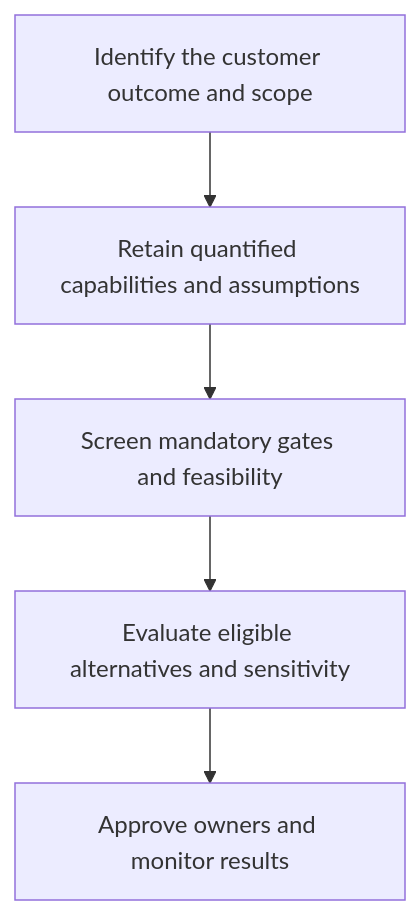
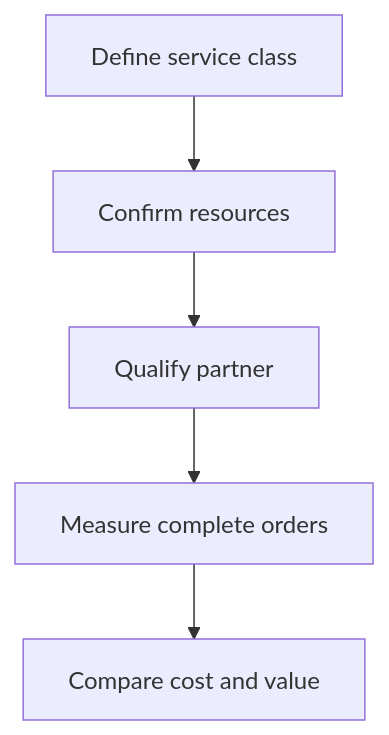
Before and after one commit to theleanx/SupplyChain-Design-Notes: the diagram in 08-optimization-sustainability-technology/section-a-optimizing-supply-chain-strategy-and-tactics/08-customer-service-resource-and-partner-competencies.md, drawn with Mermaid. The commit also changed other lines of this file and 7 other files, not shown here.

````diff
--- a/08-optimization-sustainability-technology/section-a-optimizing-supply-chain-strategy-and-tactics/08-customer-service-resource-and-partner-competencies.md
+++ b/08-optimization-sustainability-technology/section-a-optimizing-supply-chain-strategy-and-tactics/08-customer-service-resource-and-partner-competencies.md
@@ -38,12 +38,12 @@
 ```mermaid
 flowchart TD
-    A[Identify the customer outcome and scope]
-    B[Retain quantified capabilities and assumptions]
-    C[Screen mandatory gates and feasibility]
-    D[Evaluate eligible alternatives and sensitivity]
-    E[Approve owners and monitor results]
+    A[Define service class]
+    B[Confirm resources]
+    C[Qualify partner]
+    D[Measure complete orders]
+    E[Compare cost and value]
     A --> B
     B --> C
     C --> D
     D --> E
 ```
````
